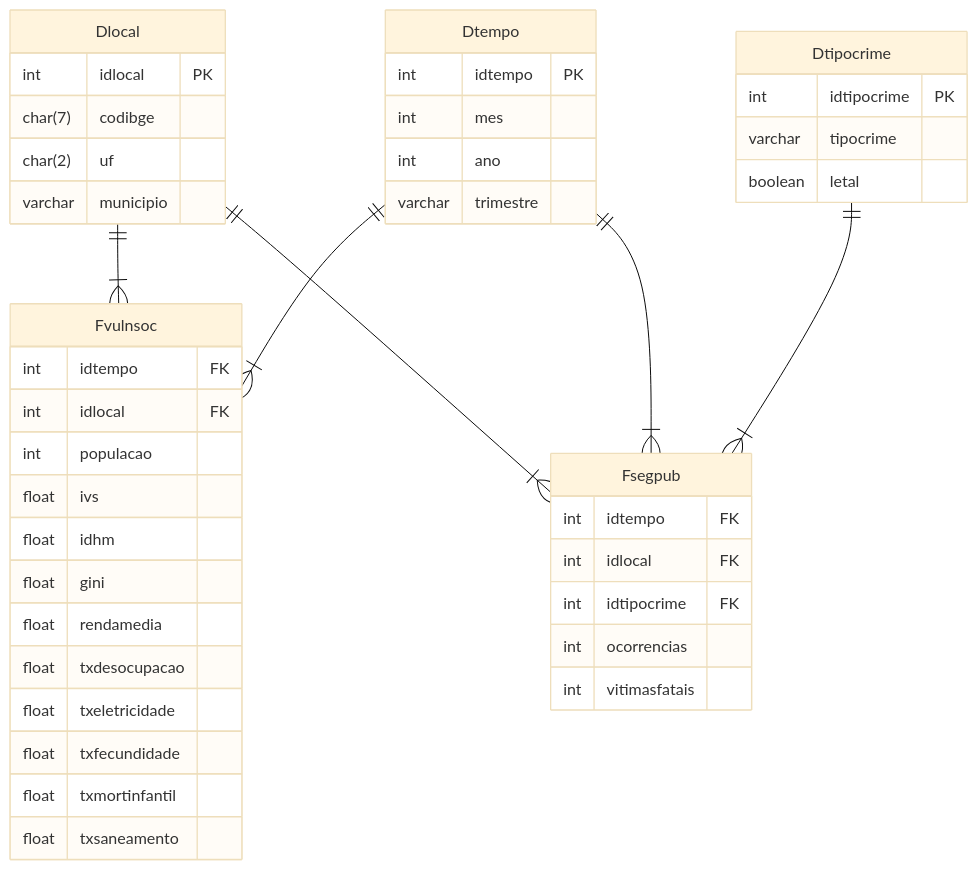
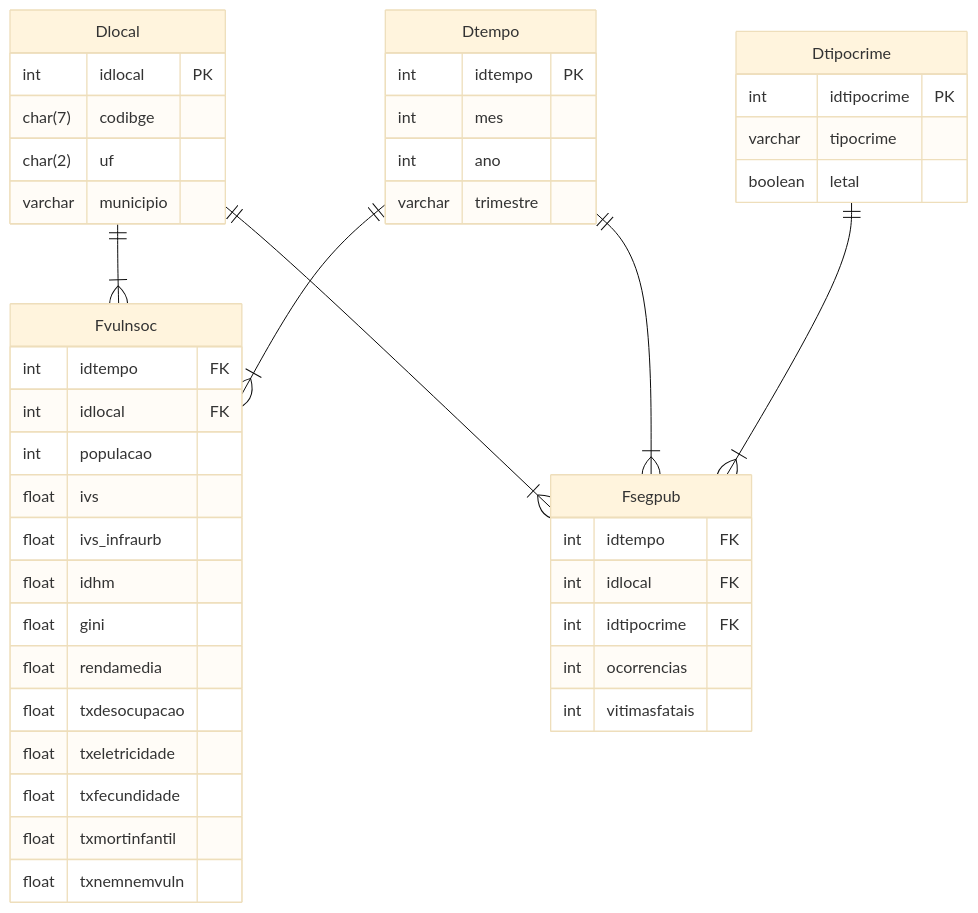
One commit to felppo/trab-siad changed the diagram in starschema.mermaid. Above: the diagram before and after it, drawn with Mermaid (base theme).

Commit message:
Improve conceptual model

```diff
--- a/starschema.mermaid
+++ b/starschema.mermaid
@@ -1,48 +1,49 @@
 erDiagram
     Dlocal ||--|{ Fvulnsoc : ""
     Dtempo ||--|{ Fvulnsoc : ""
     Dlocal ||--|{ Fsegpub : ""
     Dtipocrime ||--|{ Fsegpub : ""
     Dtempo ||--|{ Fsegpub : ""
 
     Dtempo {
         int idtempo PK
         int mes
         int ano
         varchar trimestre
     }
     Dlocal {
         int idlocal PK
         char(7) codibge
         char(2) uf
         varchar municipio
     }
     Dtipocrime {
         int idtipocrime PK
         varchar tipocrime
         boolean letal
     }
     Fsegpub {
         %% int idsegpub PK
         int idtempo FK
         int idlocal FK
         int idtipocrime FK
         int ocorrencias
         int vitimasfatais
         %% float tx100mil
     }
     Fvulnsoc {
         %% int idvulnsoc PK
         int idtempo FK
         int idlocal FK
         int populacao
         float ivs
+        float ivs_infraurb
         float idhm
         float gini
         float rendamedia
         float txdesocupacao
         float txeletricidade
         float txfecundidade
         float txmortinfantil
-        float txsaneamento
+        float txnemnemvuln
     }
```
